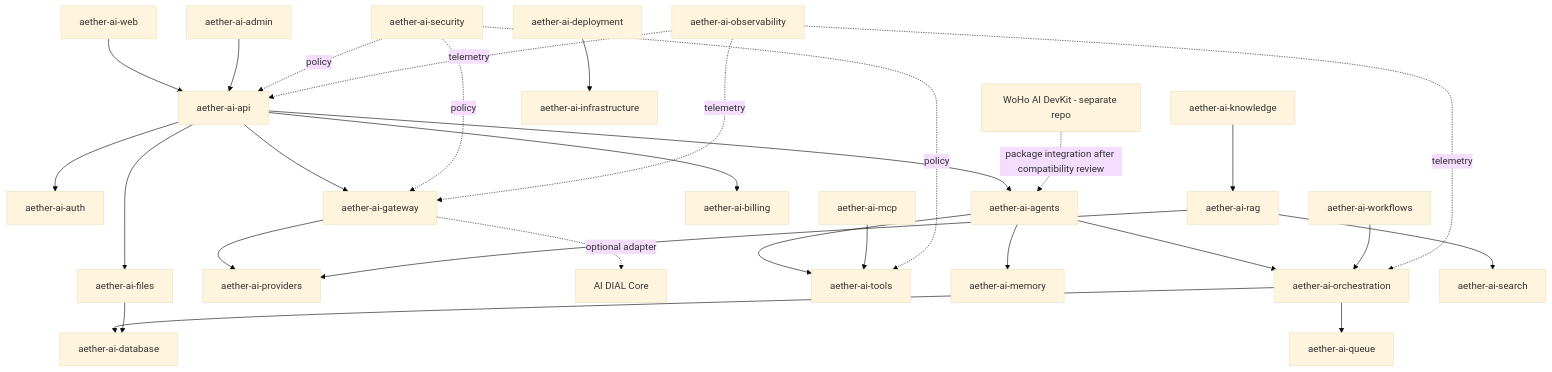
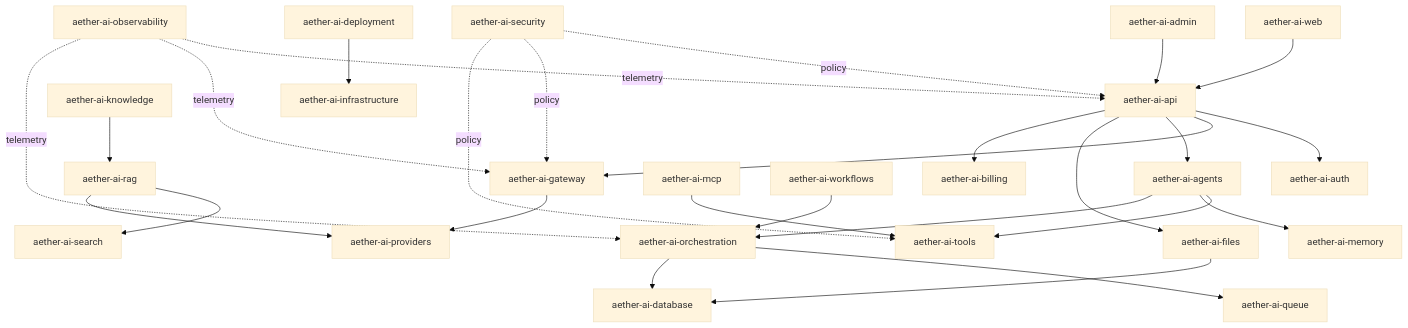
One commit to Monupatel62/aether-ai-platform changed the diagram in docs/REPOSITORY_CATALOG.md. Above: the diagram before and after it, drawn with Mermaid (base theme). The commit also changed other lines of this file, not shown here.

````diff
--- a/docs/REPOSITORY_CATALOG.md
+++ b/docs/REPOSITORY_CATALOG.md
@@ -55,31 +54,29 @@
 ```mermaid
 flowchart TD
   WEB[aether-ai-web] --> API[aether-ai-api]
   ADM[aether-ai-admin] --> API
   API --> AUTH[aether-ai-auth]
   API --> GW[aether-ai-gateway]
   API --> AG[aether-ai-agents]
   API --> FILES[aether-ai-files]
   API --> BILL[aether-ai-billing]
   GW --> PROV[aether-ai-providers]
-  GW -. optional adapter .-> DIAL[AI DIAL Core]
   AG --> TOOLS[aether-ai-tools]
   AG --> MEM[aether-ai-memory]
   AG --> ORCH[aether-ai-orchestration]
   MCP[aether-ai-mcp] --> TOOLS
   WF[aether-ai-workflows] --> ORCH
   ORCH --> Q[aether-ai-queue]
   ORCH --> DB[aether-ai-database]
   FILES --> DB
   KNOW[aether-ai-knowledge] --> RAG[aether-ai-rag]
   RAG --> SEARCH[aether-ai-search]
   RAG --> PROV
   SEC[aether-ai-security] -. policy .-> API
   SEC -. policy .-> GW
   SEC -. policy .-> TOOLS
   OBS[aether-ai-observability] -. telemetry .-> API
   OBS -. telemetry .-> GW
   OBS -. telemetry .-> ORCH
   DEP[aether-ai-deployment] --> INF[aether-ai-infrastructure]
-  DEVKIT[WoHo AI DevKit - separate repo] -. package integration after compatibility review .-> AG
 ```
````
